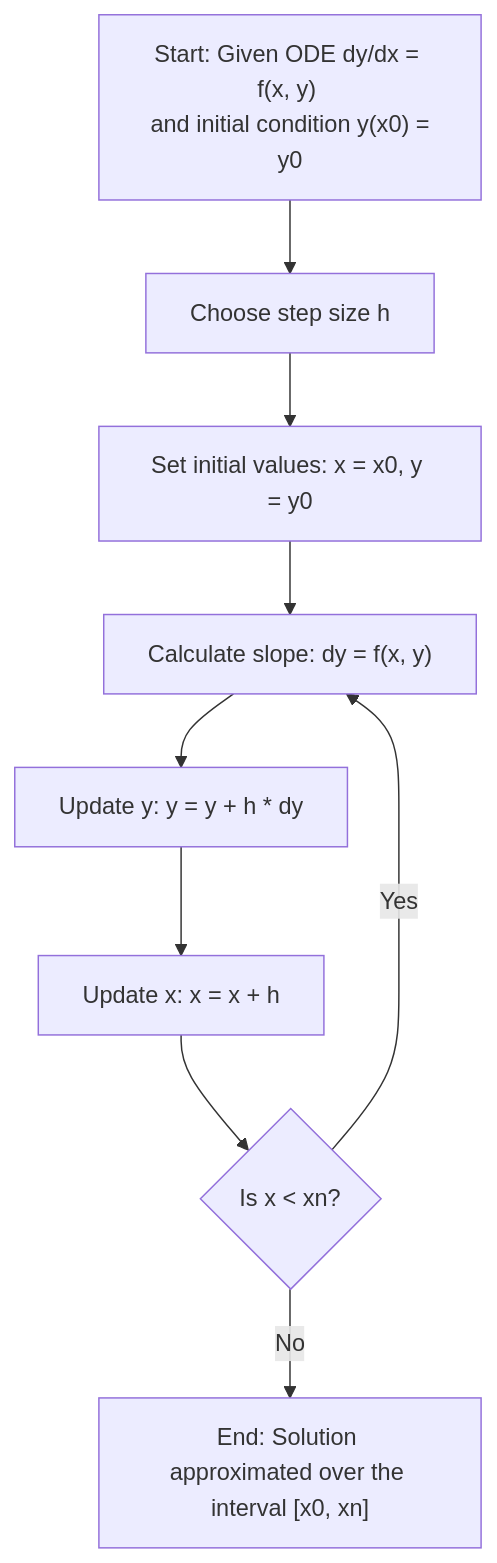
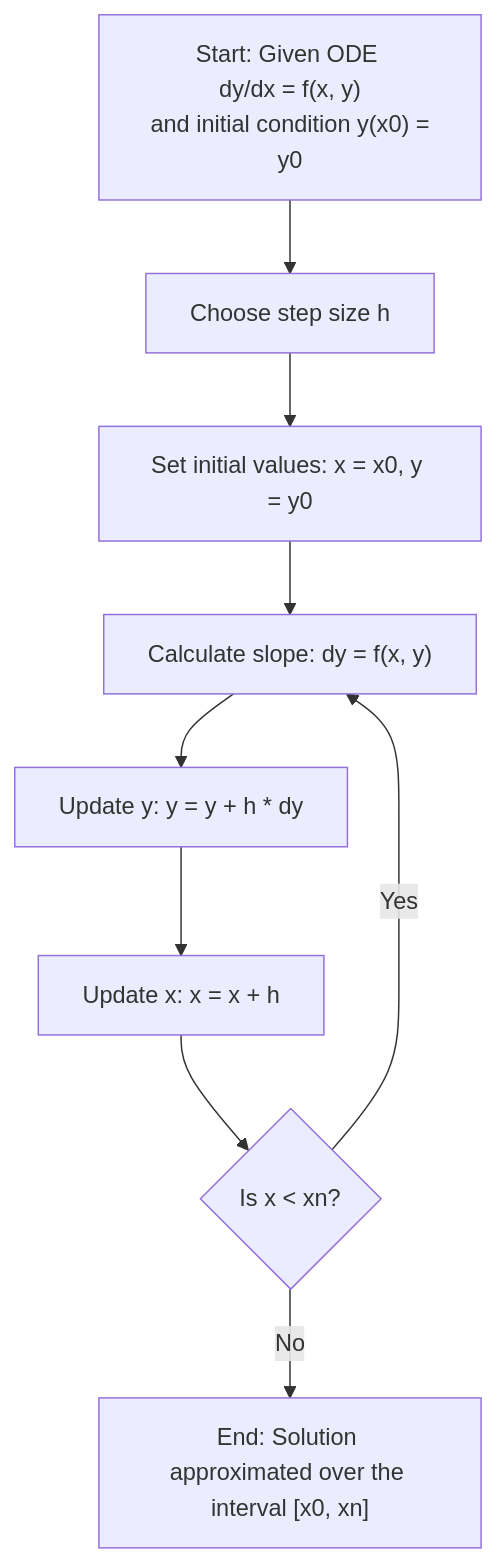
The diagram in ordinaryDifferntialEquations/README.md (nishantaMishra/computational-physics-in-python), drawn with Mermaid before and after one commit.

````diff
--- a/ordinaryDifferntialEquations/README.md
+++ b/ordinaryDifferntialEquations/README.md
@@ -17,11 +17,11 @@
 ```mermaid
 graph TD
-    A["Start: Given ODE dy/dx = f(x, y) \n and initial condition y(x0) = y0"] --> B[Choose step size h]
+    A["Start: Given ODE \n dy/dx = f(x, y) \n and initial condition y(x0) = y0"] --> B[Choose step size h]
     B --> C["Set initial values: x = x0, y = y0"]
     C --> D["Calculate slope: dy = f(x, y)"]
     D --> E["Update y: y = y + h * dy"]
     E --> F["Update x: x = x + h"]
     F --> G{"Is x < xn?"}
     G --> |Yes| D
     G --> |No| H["End: Solution approximated over the interval [x0, xn]"]
 ```
````
